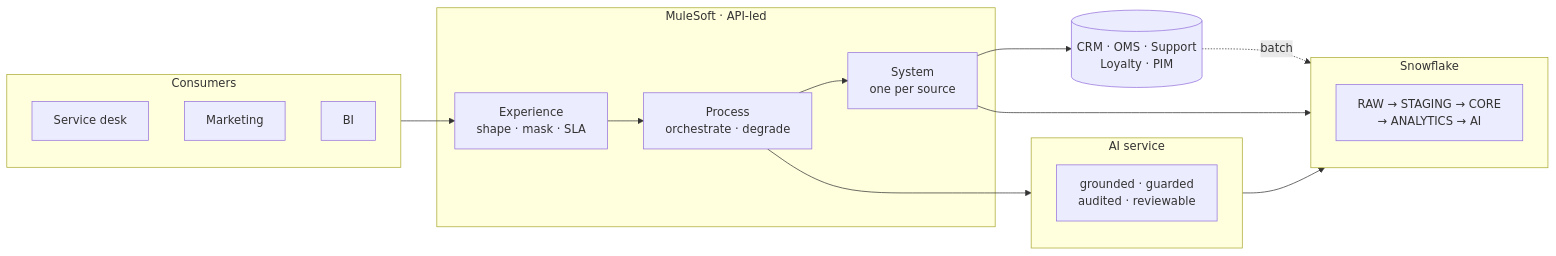
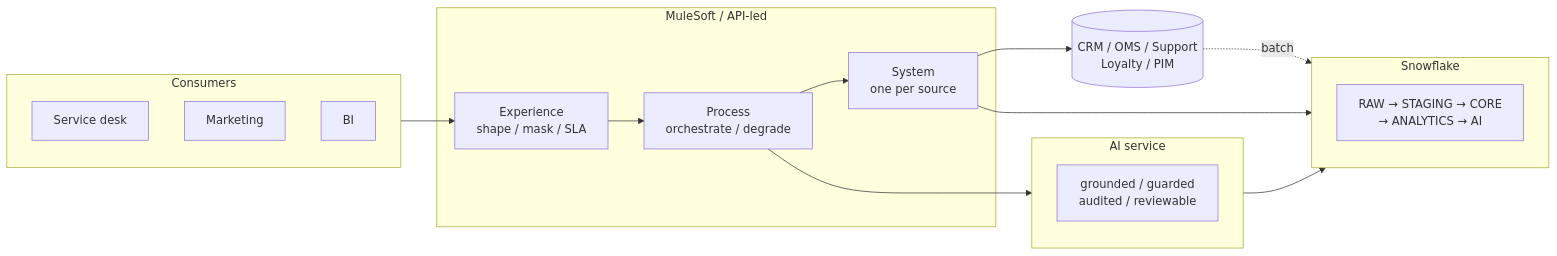
Before and after one commit to raghubavaraju/enterprise-data-ai-integration-platform: the diagram in README.md, drawn with Mermaid. The commit also changed other lines of this file and 1 other file, not shown here.

````diff
--- a/README.md
+++ b/README.md
@@ -43,24 +56,24 @@
 ```mermaid
 flowchart LR
     subgraph C["Consumers"]
         SD["Service desk"]
         MK["Marketing"]
         BI["BI"]
     end
-    subgraph M["MuleSoft · API-led"]
-        E["Experience<br/>shape · mask · SLA"]
-        P["Process<br/>orchestrate · degrade"]
+    subgraph M["MuleSoft / API-led"]
+        E["Experience<br/>shape / mask / SLA"]
+        P["Process<br/>orchestrate / degrade"]
         S["System<br/>one per source"]
     end
     subgraph SF["Snowflake"]
         L["RAW → STAGING → CORE<br/>→ ANALYTICS → AI"]
     end
     subgraph A["AI service"]
-        G["grounded · guarded<br/>audited · reviewable"]
+        G["grounded / guarded<br/>audited / reviewable"]
     end
-    SRC[("CRM · OMS · Support<br/>Loyalty · PIM")]
+    SRC[("CRM / OMS / Support<br/>Loyalty / PIM")]
     C --> E --> P --> S --> SF
     P --> A --> SF
     S --> SRC
     SRC -.batch.-> SF
 ```
````
